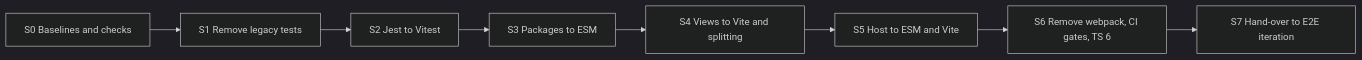
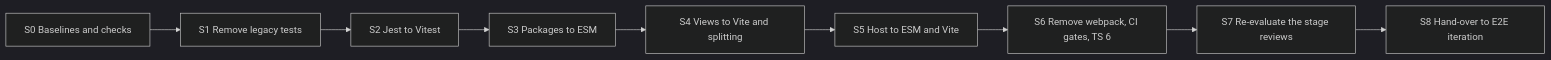
One commit to microsoft/vscode-documentdb changed the first of 2 diagrams in docs/ai-and-plans/modernization/build-and-test-stack.md. Above: the diagram before and after it, drawn with Mermaid (dark theme). The commit also changed other lines of this file, not shown here.

Commit message:
S0: add Stage 7, a re-evaluation of all stage reviews before the E2E hand-over

````diff
--- a/docs/ai-and-plans/modernization/build-and-test-stack.md
+++ b/docs/ai-and-plans/modernization/build-and-test-stack.md
@@ -145,4 +147,4 @@
 ```mermaid
 flowchart LR
-    S0[S0 Baselines and checks] --> S1[S1 Remove legacy tests] --> S2[S2 Jest to Vitest] --> S3[S3 Packages to ESM] --> S4[S4 Views to Vite and splitting] --> S5[S5 Host to ESM and Vite] --> S6[S6 Remove webpack, CI gates, TS 6] --> S7[S7 Hand-over to E2E iteration]
+    S0[S0 Baselines and checks] --> S1[S1 Remove legacy tests] --> S2[S2 Jest to Vitest] --> S3[S3 Packages to ESM] --> S4[S4 Views to Vite and splitting] --> S5[S5 Host to ESM and Vite] --> S6[S6 Remove webpack, CI gates, TS 6] --> S7[S7 Re-evaluate the stage reviews] --> S8[S8 Hand-over to E2E iteration]
 ```
````
